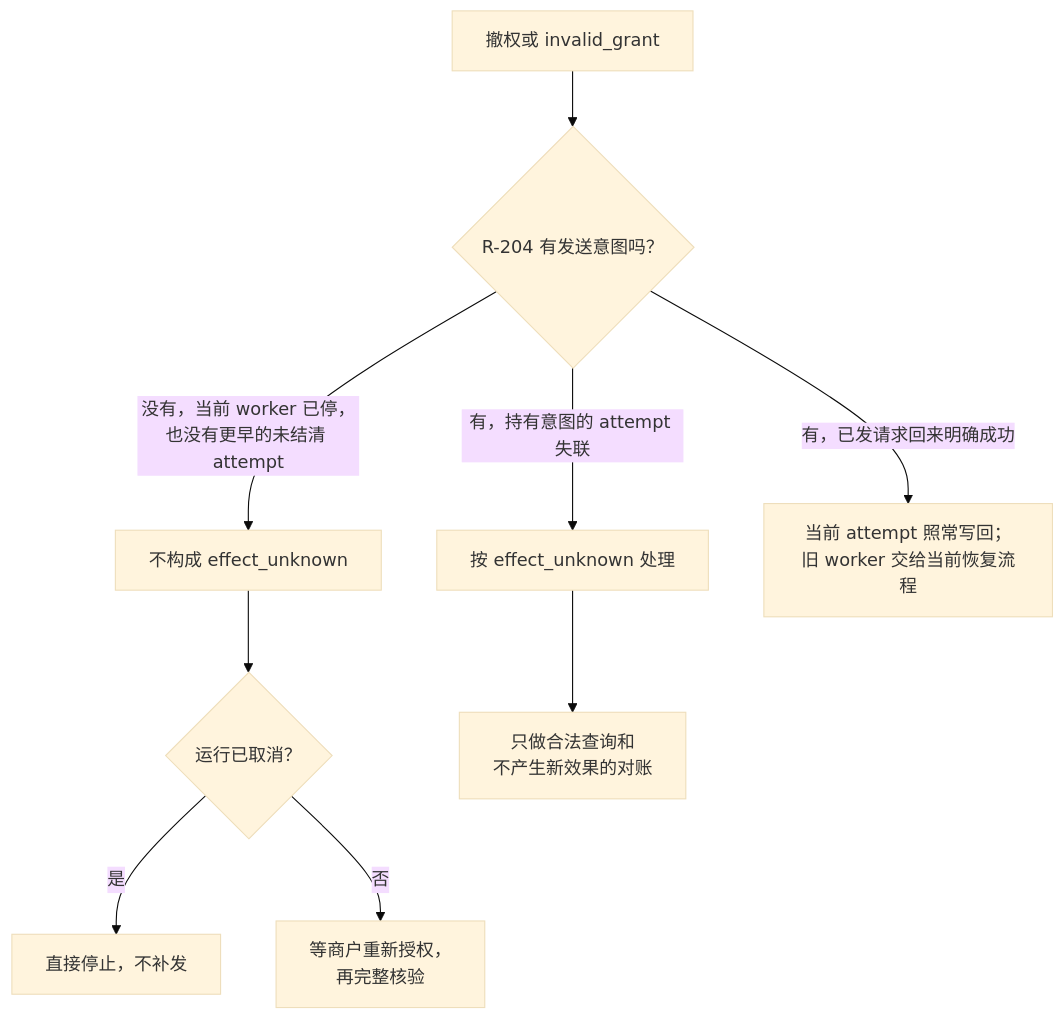
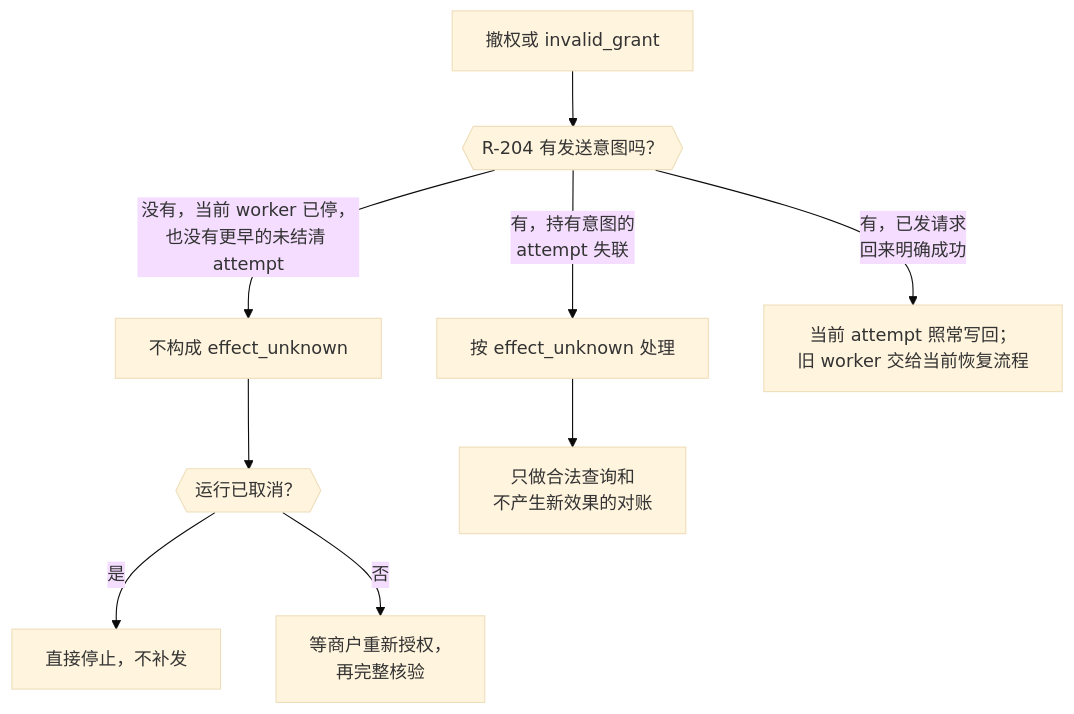
The diagram in ai-engineering/runs/revocation-and-reauthorization.md (Negronii/MyNotes), drawn with Mermaid (base theme) before and after one commit. The commit also changed 220 other files, not shown here.

First line of the commit message:
Replace prose-heavy explanations with figures and fix existing diagrams

````diff
--- a/ai-engineering/runs/revocation-and-reauthorization.md
+++ b/ai-engineering/runs/revocation-and-reauthorization.md
@@ -20,11 +20,12 @@
 ```mermaid
+%%{init: {"flowchart": {"wrappingWidth": 320}}}%%
 flowchart TD
-    A[撤权或 invalid_grant] --> B{R-204 有发送意图吗？}
-    B -- 没有，当前 worker 已停，<br/>也没有更早的未结清 attempt --> C[不构成 effect_unknown]
-    C --> C1{运行已取消？}
+    A[撤权或 invalid_grant] --> B{{"R-204 有发送意图吗？"}}
+    B -- "没有，当前 worker 已停，<br/>也没有更早的未结清 attempt" --> C[不构成 effect_unknown]
+    C --> C1{{"运行已取消？"}}
     C1 -- 是 --> C2[直接停止，不补发]
     C1 -- 否 --> C3[等商户重新授权，<br/>再完整核验]
-    B -- 有，持有意图的 attempt 失联 --> D[按 effect_unknown 处理]
+    B -- "有，持有意图的<br/>attempt 失联" --> D[按 effect_unknown 处理]
     D --> D1[只做合法查询和<br/>不产生新效果的对账]
-    B -- 有，已发请求回来明确成功 --> E[当前 attempt 照常写回；<br/>旧 worker 交给当前恢复流程]
+    B -- "有，已发请求<br/>回来明确成功" --> E[当前 attempt 照常写回；<br/>旧 worker 交给当前恢复流程]
 ```
````
